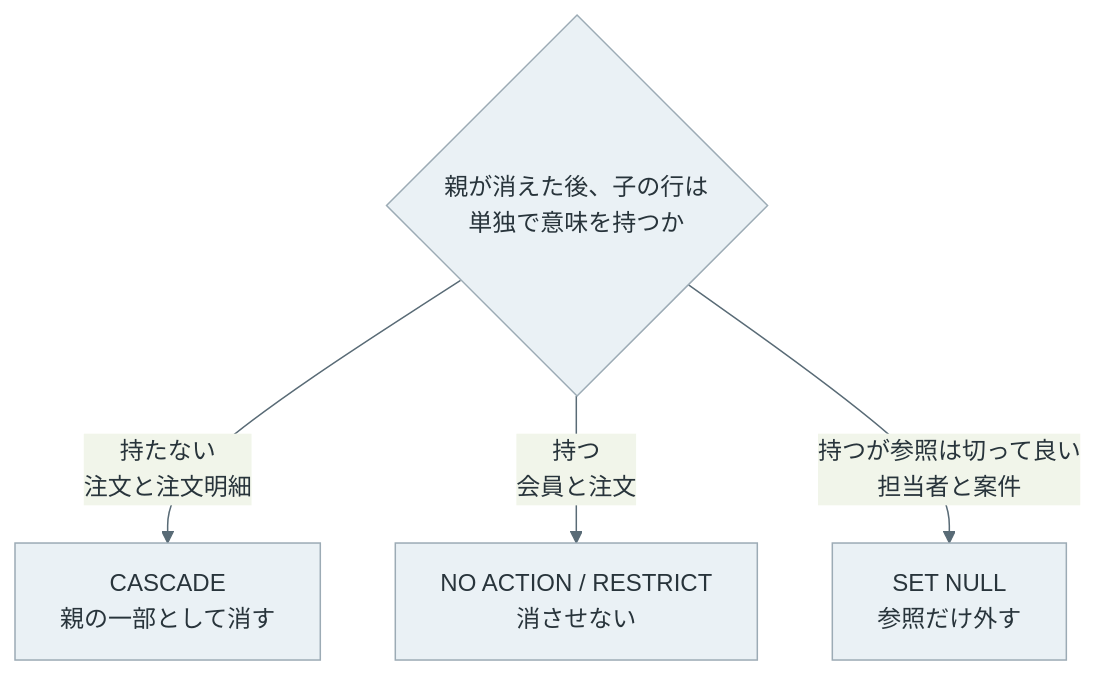
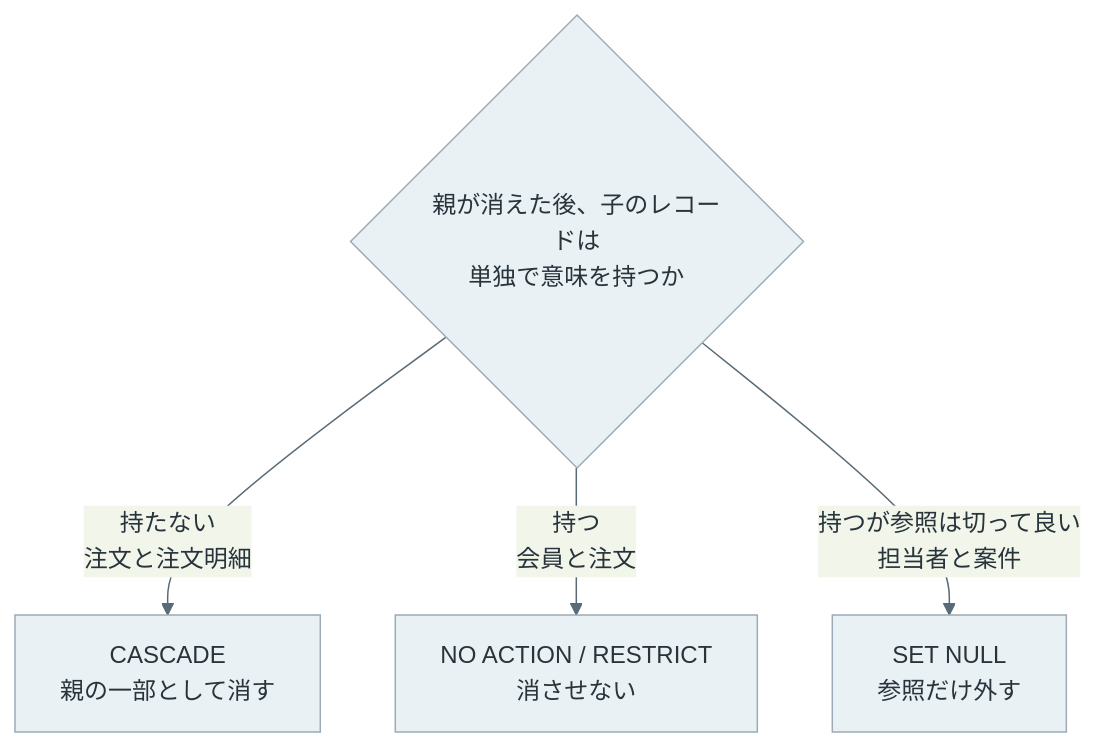
One commit to nao1215/debimate changed the fifth of 6 diagrams in content/notes/database-systems/foreign-key/index.md. Above: the diagram before and after it, drawn with Mermaid. The commit also changed other lines of this file and 125 other files, not shown here.

````diff
--- a/content/notes/database-systems/foreign-key/index.md
+++ b/content/notes/database-systems/foreign-key/index.md
@@ -178,9 +180,9 @@
 ```mermaid
 %%{init: {"theme":"base","themeVariables":{"primaryColor":"#eaf1f5","primaryTextColor":"#28343b","primaryBorderColor":"#9cabb5","lineColor":"#596b76","textColor":"#28343b","actorBkg":"#eaf1f5","actorBorder":"#9cabb5","actorTextColor":"#28343b","actorLineColor":"#9cabb5","signalColor":"#596b76","signalTextColor":"#28343b","noteBkgColor":"#f7f1e5","noteBorderColor":"#c5b99b","noteTextColor":"#403c32","activationBkgColor":"#edf3ef","activationBorderColor":"#9aafa1"}}}%%
 flowchart TB
-    Q{"親が消えた後、子の行は<br/>単独で意味を持つか"}
+    Q{"親が消えた後、子のレコードは<br/>単独で意味を持つか"}
     Q -->|"持たない<br/>注文と注文明細"| C["CASCADE<br/>親の一部として消す"]
     Q -->|"持つ<br/>会員と注文"| R["NO ACTION / RESTRICT<br/>消させない"]
     Q -->|"持つが参照は切って良い<br/>担当者と案件"| S["SET NULL<br/>参照だけ外す"]
     classDef default fill:#eaf1f5,stroke:#9cabb5,color:#28343b;
 ```
````
